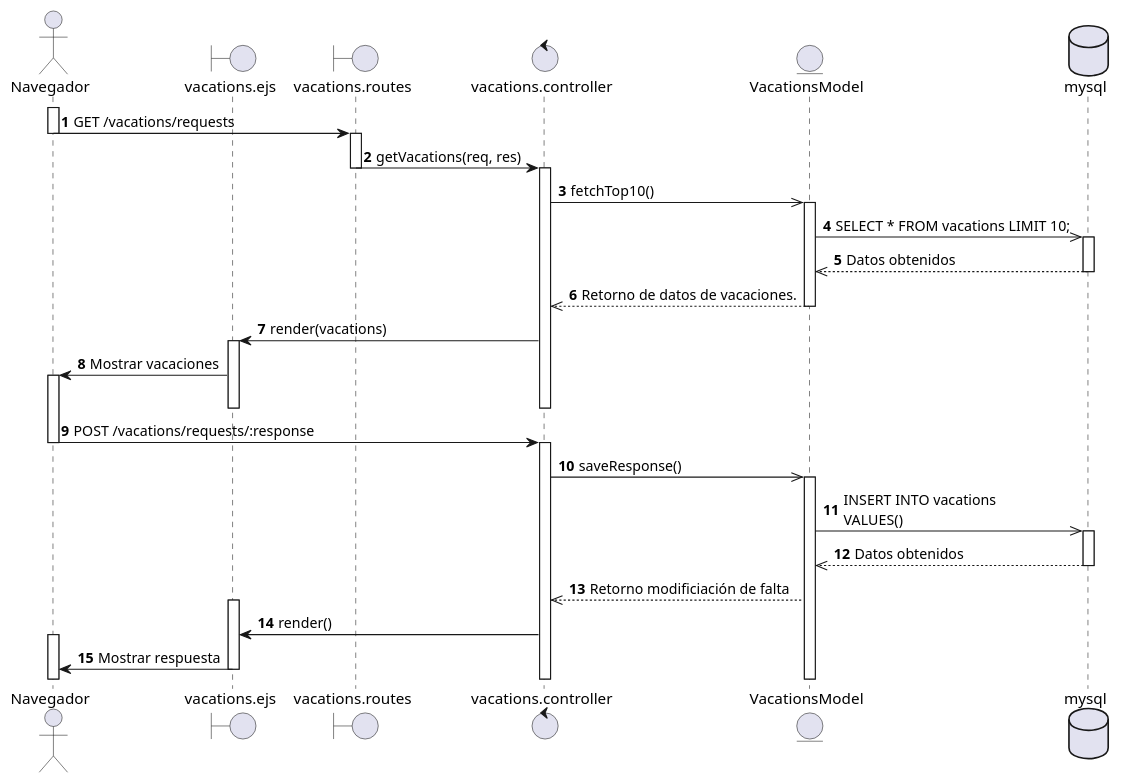
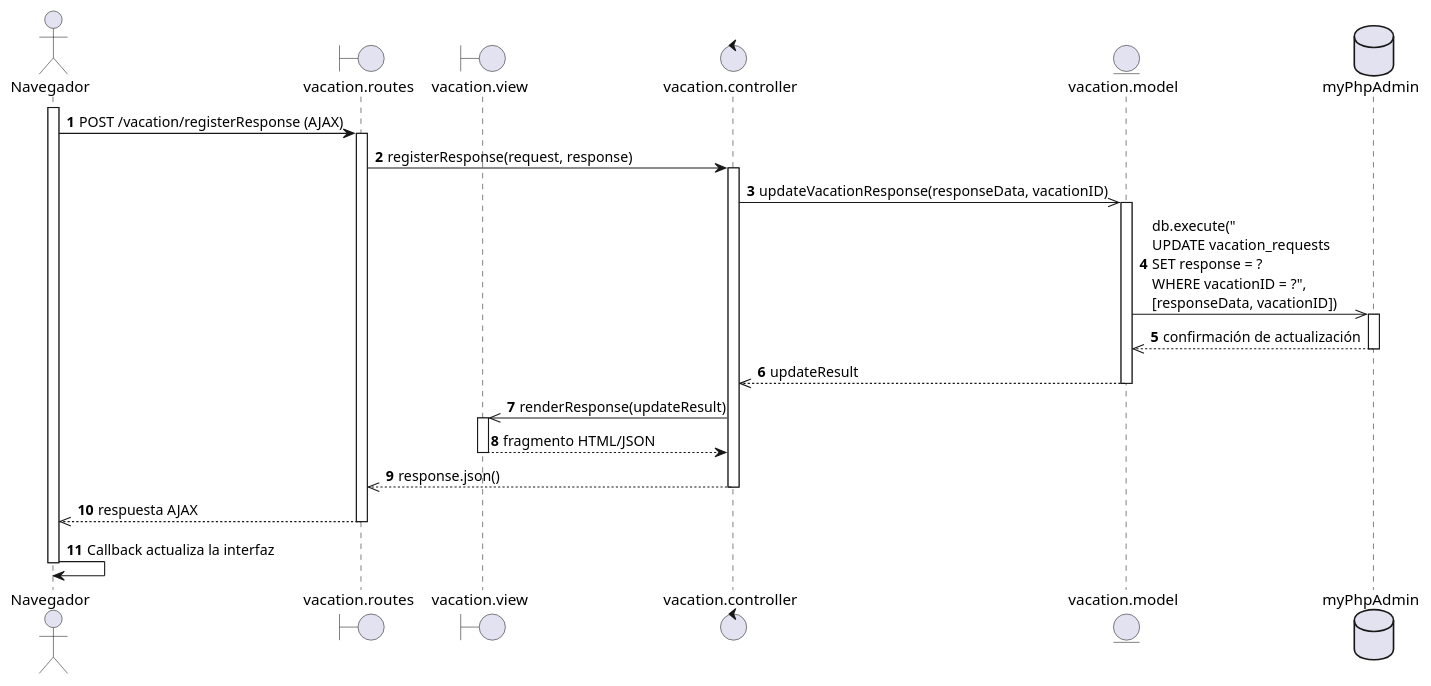
The diagram in diagrams/Casos de Uso/Mauricio/diagrama de secuencia/CU02.puml (EdCanCe/WorkCells), drawn with PlantUML before and after one commit. The commit also changed 2 other files, not shown here.

Commit message:
Diagramas de secuencia: hechos

```diff
--- a/diagrams/Casos de Uso/Mauricio/diagrama de secuencia/CU02.puml
+++ b/diagrams/Casos de Uso/Mauricio/diagrama de secuencia/CU02.puml
@@ -1,59 +1,44 @@
-@startuml CU02 - SuperAdmin consulta solicitudes de vacaciones de colaborador - Diagrama de actividad
+@startuml CU02 - Superadmin registra respuesta hacia solicitud de vacaciones de empleado - Diagrama de secuencia
 actor Navegador
-boundary vacations.ejs
-boundary vacations.routes
-control vacations.controller
-entity VacationsModel
-database mysql
-
+boundary "vacation.routes" as Routes
+boundary "vacation.view" as View
+control "vacation.controller" as Controller
+entity "vacation.model" as Model
+database "myPhpAdmin" as DB
 
 autonumber
-' Inicio del flujo
+
+' El SuperAdmin (HR) envía la respuesta a través de AJAX
 activate Navegador
-Navegador -> vacations.routes : GET /vacations/requests
+Navegador -> Routes: POST /vacation/registerResponse (AJAX)
+
+activate Routes
+Routes -> Controller: registerResponse(request, response)
+activate Controller
+
+' El controlador actualiza la respuesta de la solicitud en el modelo
+Controller ->> Model: updateVacationResponse(responseData, vacationID)
+activate Model
+Model ->> DB: db.execute("\nUPDATE vacation_requests \nSET response = ? \nWHERE vacationID = ?", \n[responseData, vacationID])
+activate DB
+DB -->> Model: confirmación de actualización
+deactivate DB
+Model -->> Controller: updateResult
+deactivate Model
+
+' Se prepara la respuesta para el cliente a través de la vista
+Controller ->> View: renderResponse(updateResult)
+activate View
+View --> Controller: fragmento HTML/JSON
+deactivate View
+
+Controller -->> Routes: response.json()
+deactivate Controller
+
+Routes -->> Navegador: respuesta AJAX
+deactivate Routes
+
+Navegador -> Navegador: Callback actualiza la interfaz
 deactivate Navegador
-activate vacations.routes
-vacations.routes -> vacations.controller : getVacations(req, res)
-deactivate vacations.routes
-activate vacations.controller
-
-
-' Se utiliza la instancia para obtener los datos
-vacations.controller ->> VacationsModel : fetchTop10()
-activate VacationsModel
-
-VacationsModel ->> mysql : SELECT * FROM vacations LIMIT 10;
-activate mysql
-mysql -->> VacationsModel : Datos obtenidos
-deactivate mysql
-
-VacationsModel -->> vacations.controller : Retorno de datos de vacaciones.
-deactivate VacationsModel
-
-vacations.controller -> vacations.ejs : render(vacations)
-activate vacations.ejs
-vacations.ejs -> Navegador : Mostrar vacaciones
-activate Navegador
-deactivate vacations.ejs
-deactivate vacations.controller
-deactivate vacations.routes
-
-Navegador -> vacations.controller : POST /vacations/requests/:response
-deactivate Navegador
-activate vacations.controller
-vacations.controller ->> VacationsModel : saveResponse()
-activate VacationsModel
-' vacationsID, startDate, endDate, reason, justified, vacationsUserIDFK
-VacationsModel ->> mysql : INSERT INTO vacations \nVALUES()
-activate mysql
-mysql -->> VacationsModel : Datos obtenidos
-deactivate mysql
-VacationsModel -->> vacations.controller : Retorno modificiación de falta
-activate vacations.ejs
-vacations.controller -> vacations.ejs : render()
-activate Navegador
-vacations.ejs -> Navegador : Mostrar respuesta
-deactivate vacations.ejs
-
 
 @enduml
```
